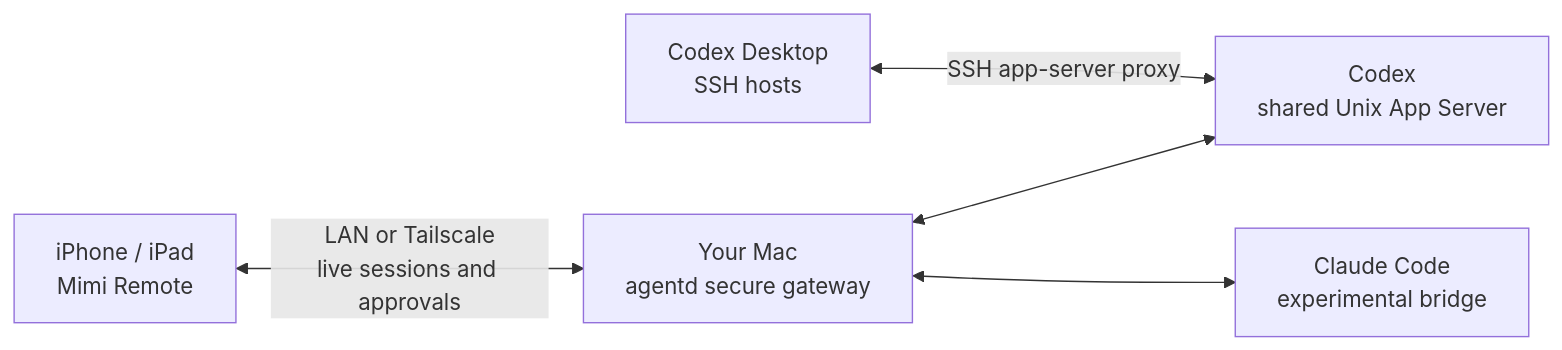
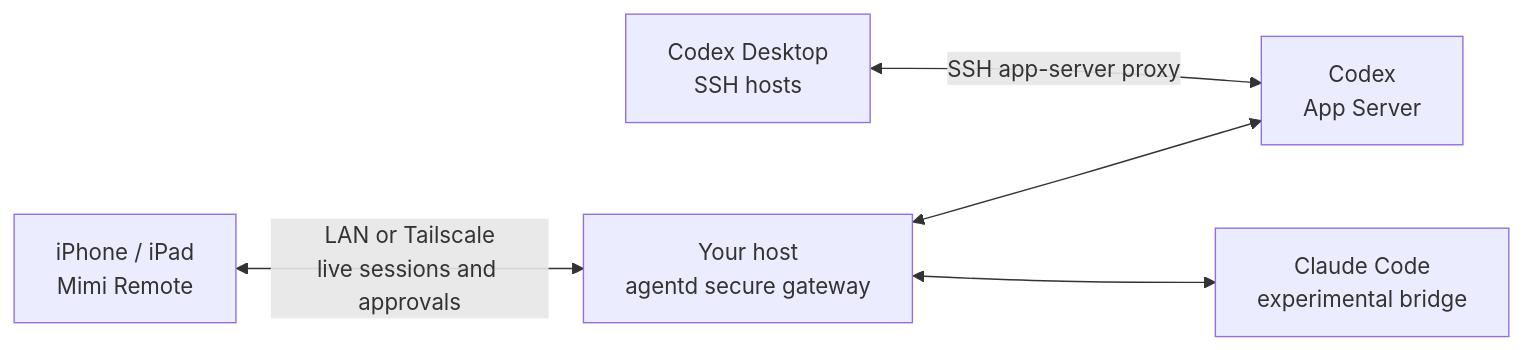
The diagram in README.md (gaixianggeng/mimi-remote), drawn with Mermaid before and after one commit. The commit also changed other lines of this file and 27 other files, not shown here.

Commit message:
MIM-207 restore Windows agentd host support

````diff
--- a/README.md
+++ b/README.md
@@ -142,13 +142,13 @@
 ```mermaid
 flowchart LR
     Mobile["iPhone / iPad<br/>Mimi Remote"]
-    Gateway["Your Mac<br/>agentd secure gateway"]
-    Codex["Codex<br/>shared Unix App Server"]
+    Gateway["Your host<br/>agentd secure gateway"]
+    Codex["Codex<br/>App Server"]
     Desktop["Codex Desktop<br/>SSH hosts"]
     Claude["Claude Code<br/>experimental bridge"]
 
     Mobile <-->|"LAN or Tailscale<br/>live sessions and approvals"| Gateway
     Gateway <--> Codex
     Desktop <-->|"SSH app-server proxy"| Codex
     Gateway <--> Claude
 ```
````
